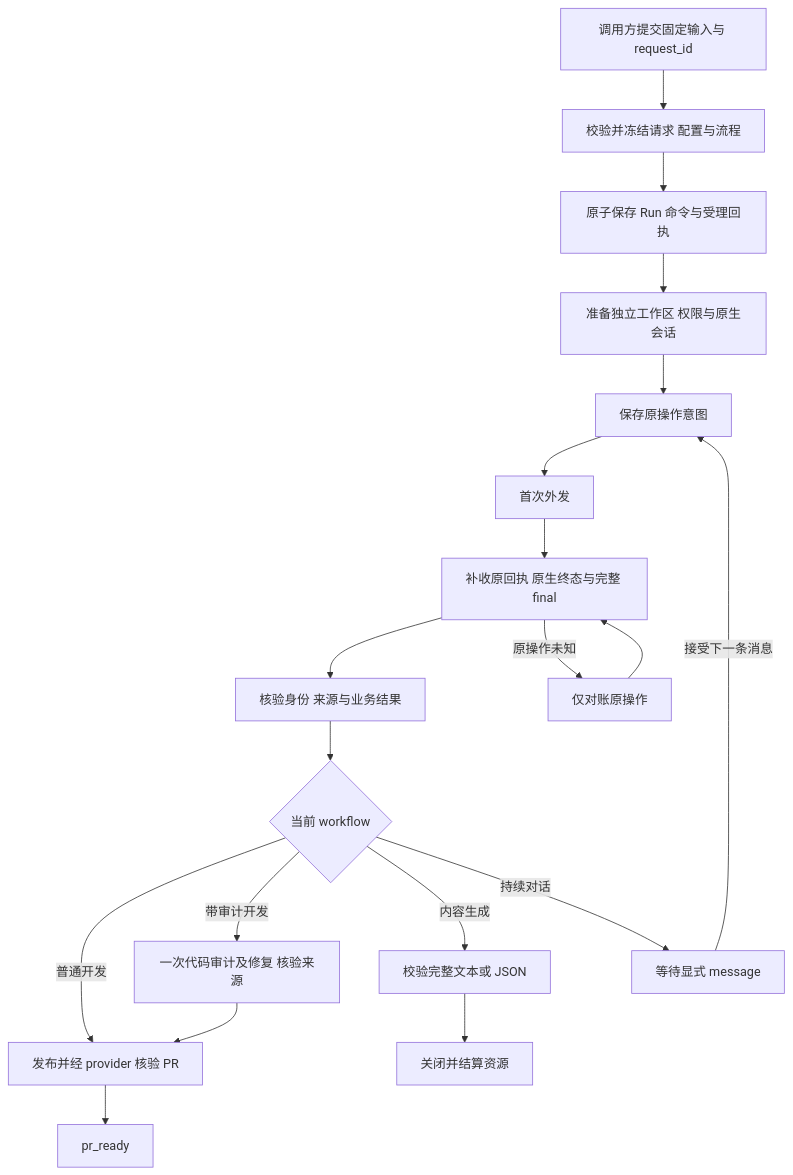
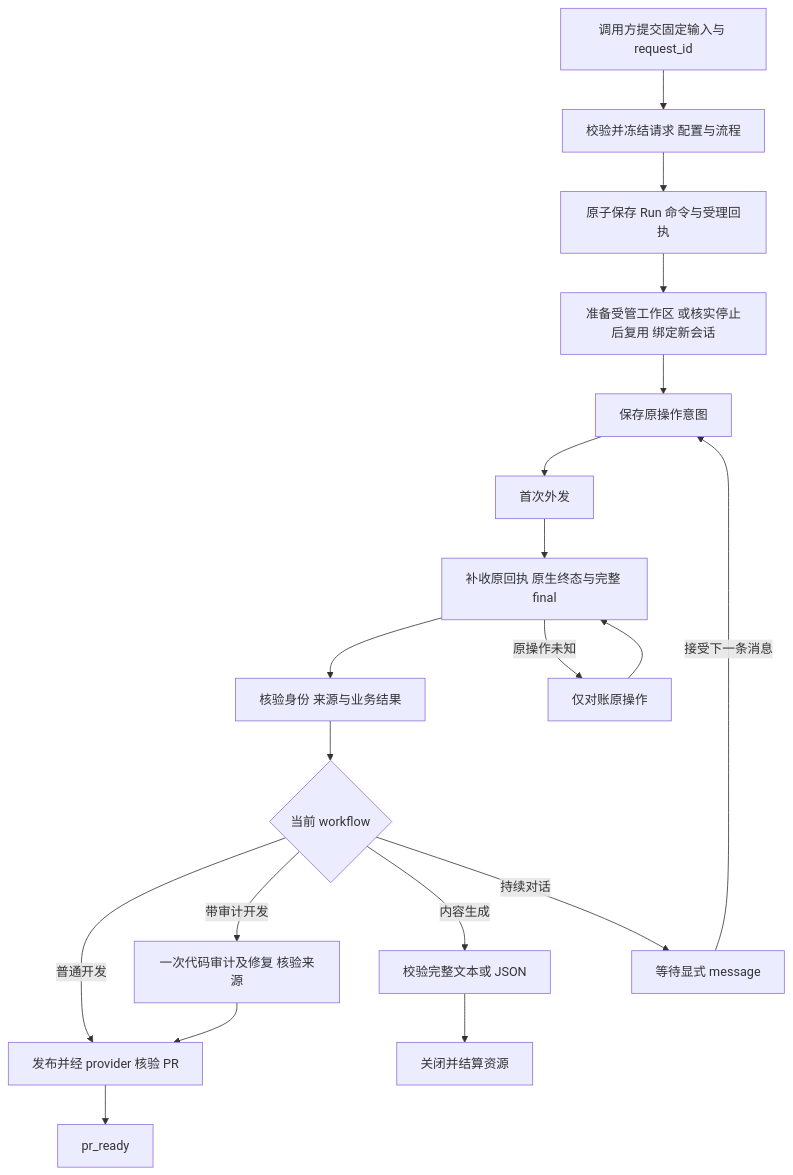
The diagram in docs/reliable-delivery.md (erranliu/SteerRunner), drawn with Mermaid before and after one commit. The commit also changed other lines of this file and 53 other files, not shown here.

````diff
--- a/docs/reliable-delivery.md
+++ b/docs/reliable-delivery.md
@@ -37,21 +37,21 @@
 ```mermaid
 flowchart TD
     A[调用方提交固定输入与 request_id] --> B[校验并冻结请求 配置与流程]
     B --> C[原子保存 Run 命令与受理回执]
-    C --> D[准备独立工作区 权限与原生会话]
+    C --> D[准备受管工作区 或核实停止后复用 绑定新会话]
     D --> E[保存原操作意图]
     E --> F[首次外发]
     F --> G[补收原回执 原生终态与完整 final]
     G --> H[核验身份 来源与业务结果]
     H --> I{当前 workflow}
     I -->|普通开发| J[发布并经 provider 核验 PR]
     I -->|带审计开发| K[一次代码审计及修复 核验来源]
     K --> J
     J --> L[pr_ready]
     I -->|内容生成| M[校验完整文本或 JSON]
     M --> N[关闭并结算资源]
     I -->|持续对话| O[等待显式 message]
     O -->|接受下一条消息| E
     G -->|原操作未知| P[仅对账原操作]
     P --> G
 ```
````
